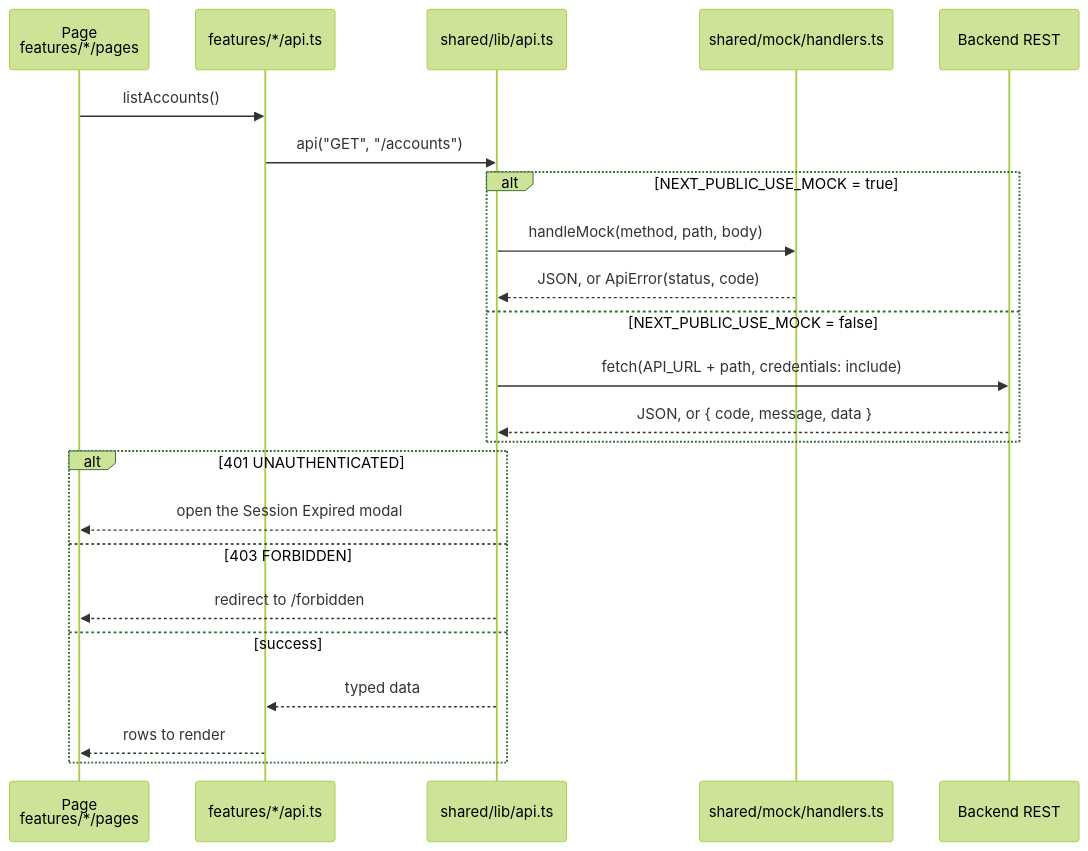
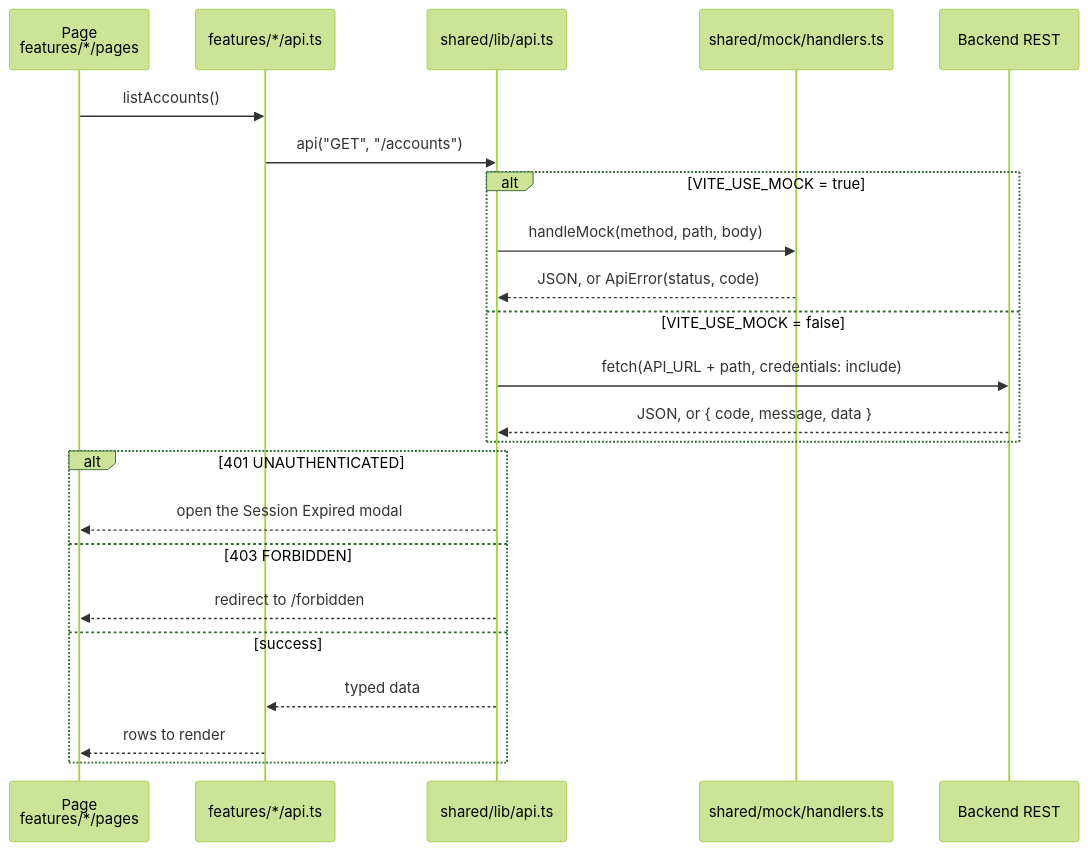
Before and after one commit to MinhMQ1711/Horse-Training-Club: the fourth of 11 diagrams in docs/ARCHITECTURE.md, drawn with Mermaid (forest theme). The commit also changed other lines of this file and 3 other files, not shown here.

First line of the commit message:
docs: update architecture, API and guides for Vite

````diff
--- a/docs/ARCHITECTURE.md
+++ b/docs/ARCHITECTURE.md
@@ -120,28 +120,28 @@
 ```mermaid
 sequenceDiagram
   participant P as Page<br/>features/*/pages
   participant F as features/*/api.ts
   participant A as shared/lib/api.ts
   participant M as shared/mock/handlers.ts
   participant B as Backend REST
 
   P->>F: listAccounts()
   F->>A: api("GET", "/accounts")
 
-  alt NEXT_PUBLIC_USE_MOCK = true
+  alt VITE_USE_MOCK = true
     A->>M: handleMock(method, path, body)
     M-->>A: JSON, or ApiError(status, code)
-  else NEXT_PUBLIC_USE_MOCK = false
+  else VITE_USE_MOCK = false
     A->>B: fetch(API_URL + path, credentials: include)
     B-->>A: JSON, or { code, message, data }
   end
 
   alt 401 UNAUTHENTICATED
     A-->>P: open the Session Expired modal
   else 403 FORBIDDEN
     A-->>P: redirect to /forbidden
   else success
     A-->>F: typed data
     F-->>P: rows to render
   end
 ```
````
